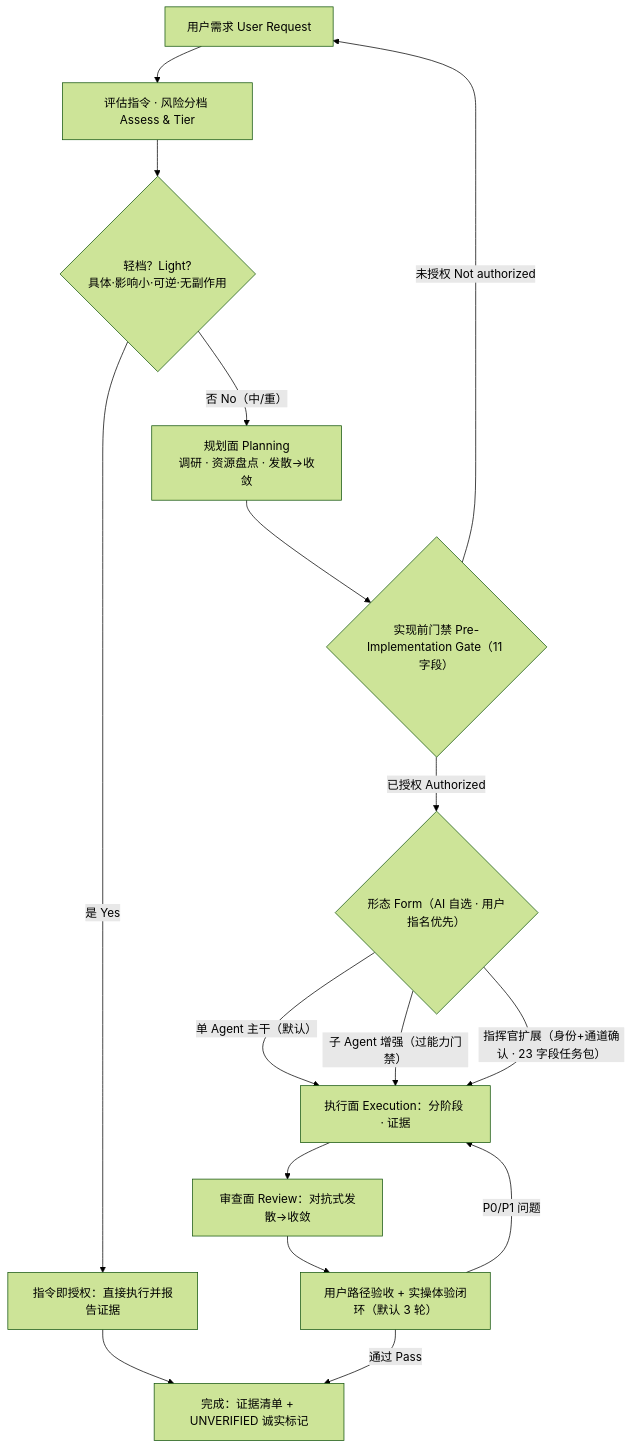
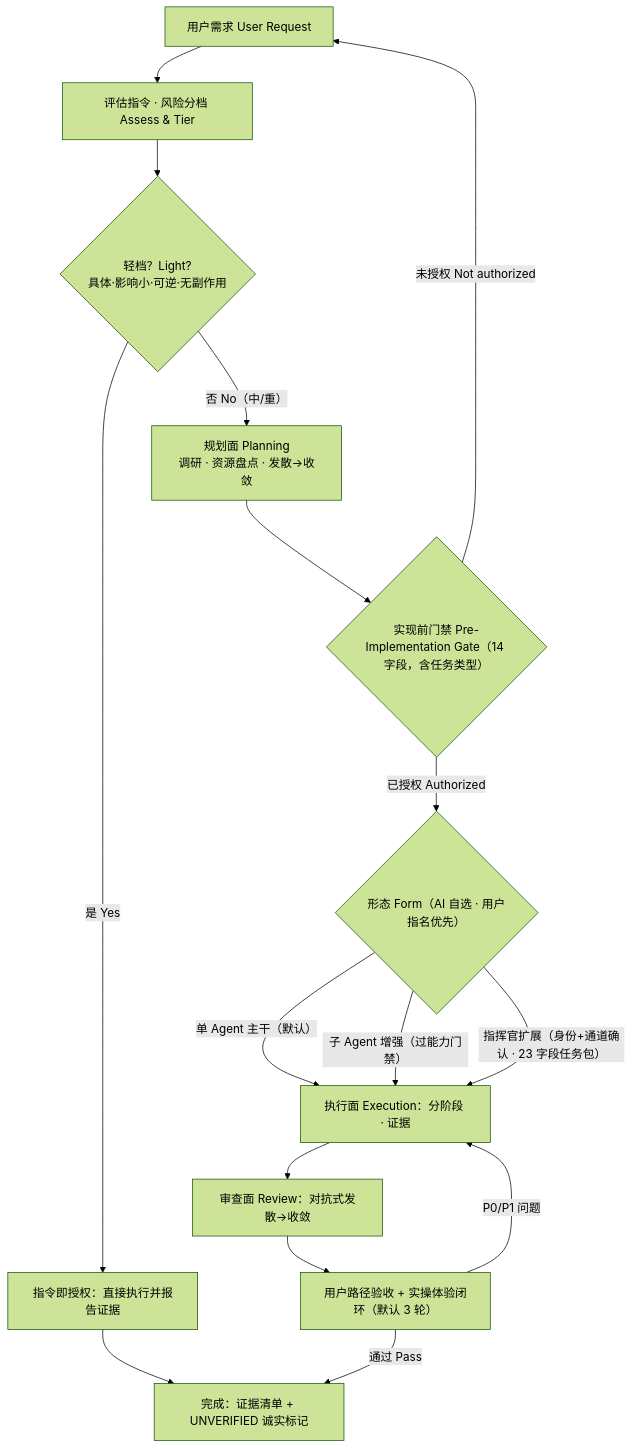
The diagram in README.md (JadeYingWah/gpt-series-reasoning-style), drawn with Mermaid (forest theme) before and after one commit. The commit also changed other lines of this file and 6 other files, not shown here.

````diff
--- a/README.md
+++ b/README.md
@@ -245,18 +245,18 @@
 ```mermaid
 flowchart TD
     U["用户需求 User Request"] --> R["评估指令 · 风险分档 Assess & Tier"]
     R --> T{"轻档？Light?<br/>具体·影响小·可逆·无副作用"}
     T -- "是 Yes" --> L["指令即授权：直接执行并报告证据"]
     T -- "否 No（中/重）" --> P["规划面 Planning<br/>调研 · 资源盘点 · 发散→收敛"]
-    P --> G{"实现前门禁 Pre-Implementation Gate（11 字段）"}
+    P --> G{"实现前门禁 Pre-Implementation Gate（14 字段，含任务类型）"}
     G -- "未授权 Not authorized" --> U
     G -- "已授权 Authorized" --> F{"形态 Form（AI 自选 · 用户指名优先）"}
     F -- "单 Agent 主干（默认）" --> E["执行面 Execution：分阶段 · 证据"]
     F -- "子 Agent 增强（过能力门禁）" --> E
     F -- "指挥官扩展（身份+通道确认 · 23 字段任务包）" --> E
     E --> RV["审查面 Review：对抗式发散→收敛"]
     RV --> V["用户路径验收 + 实操体验闭环（默认 3 轮）"]
     V -- "P0/P1 问题" --> E
     V -- "通过 Pass" --> D["完成：证据清单 + UNVERIFIED 诚实标记"]
     L --> D
 ```
````
